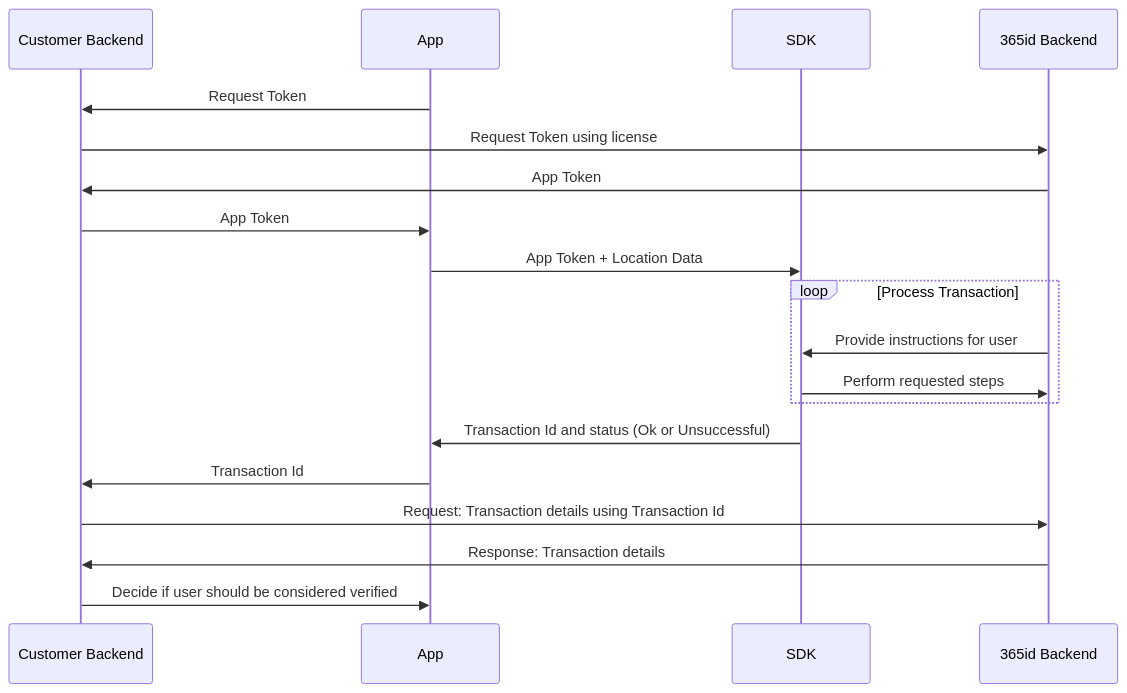
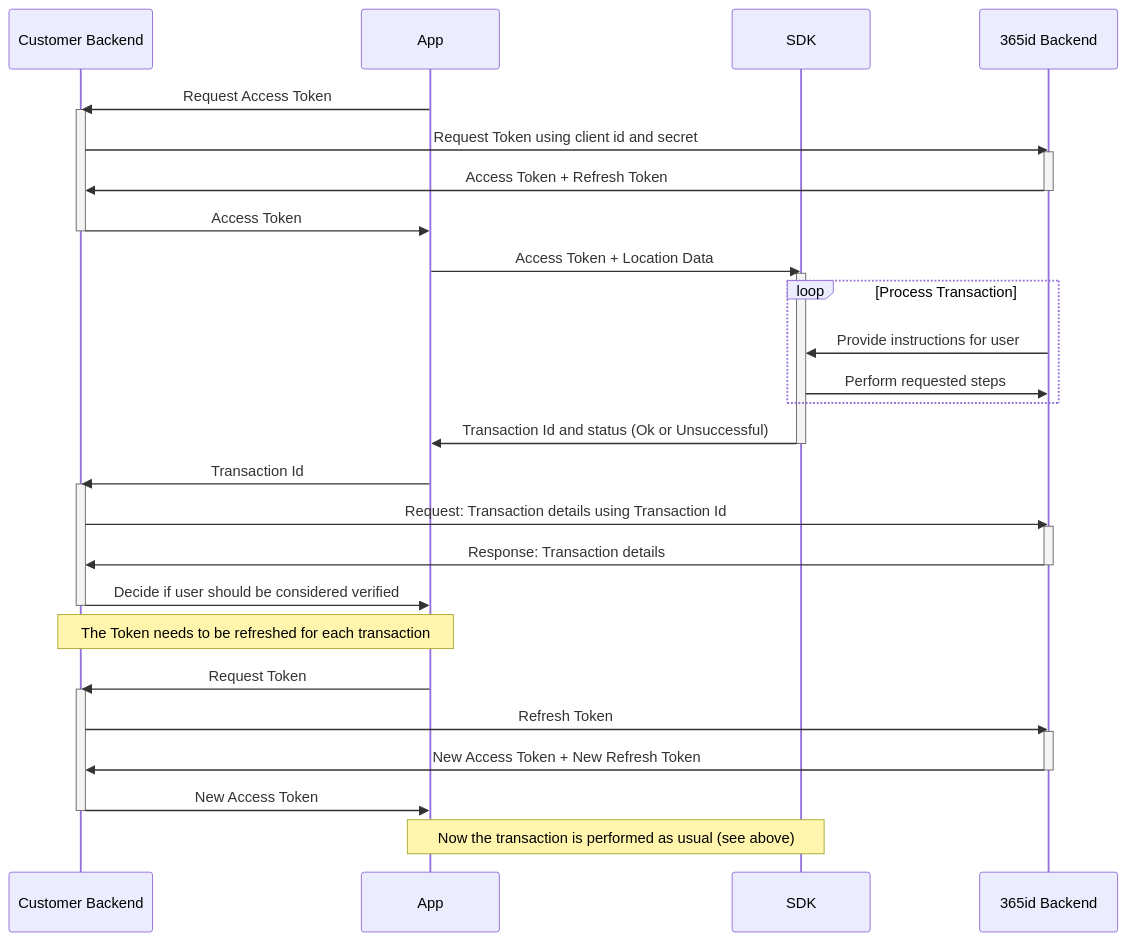
The second of 2 diagrams in README.md (365id-AB/idverification-android), drawn with Mermaid before and after one commit. The commit also changed other lines of this file and 22 other files, not shown here.

````diff
--- a/README.md
+++ b/README.md
@@ -229,21 +434,42 @@
 ```mermaid
 sequenceDiagram
     participant Customer Backend
     participant App
     participant SDK
     participant 365id Backend
-    App->>Customer Backend: Request Token
-    Customer Backend->>365id Backend: Request Token using license
-    365id Backend->>Customer Backend: App Token
-    Customer Backend->>App: App Token
-    App->>SDK: App Token + Location Data
+    App->>Customer Backend: Request Access Token
+    activate Customer Backend
+    Customer Backend->>365id Backend: Request Token using client id and secret
+    activate 365id Backend
+    365id Backend->>Customer Backend: Access Token + Refresh Token
+    deactivate 365id Backend
+    
+    Customer Backend->>App: Access Token
+    deactivate Customer Backend
+    App->>SDK: Access Token + Location Data
+    activate SDK
     loop Process Transaction
         365id Backend->>SDK: Provide instructions for user
         SDK->>365id Backend: Perform requested steps
     end
     SDK->>App: Transaction Id and status (Ok or Unsuccessful)
+    deactivate SDK
     App->>Customer Backend: Transaction Id
+    activate Customer Backend
     Customer Backend->>365id Backend: Request: Transaction details using Transaction Id
+    activate 365id Backend
     365id Backend->>Customer Backend: Response: Transaction details
+    deactivate 365id Backend
     Customer Backend->>App: Decide if user should be considered verified
+    deactivate Customer Backend
+    Note over Customer Backend, App: The Token needs to be refreshed for each transaction
+    App->>Customer Backend: Request Token
+    activate Customer Backend
+    Customer Backend->>365id Backend: Refresh Token
+    activate 365id Backend
+    365id Backend->>Customer Backend: New Access Token + New Refresh Token
+    deactivate 365id Backend
+    Customer Backend->>App: New Access Token
+    deactivate Customer Backend
+    Note over App, SDK: Now the transaction is performed as usual (see above)
 ```
````
